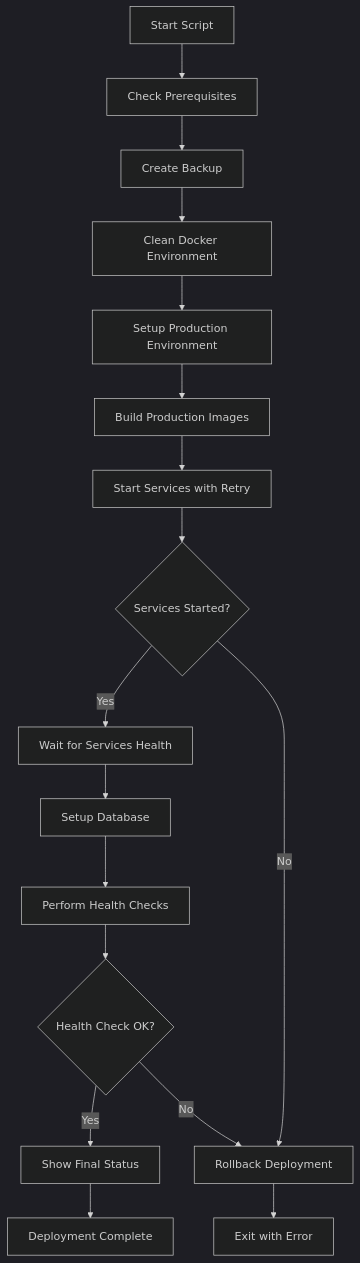
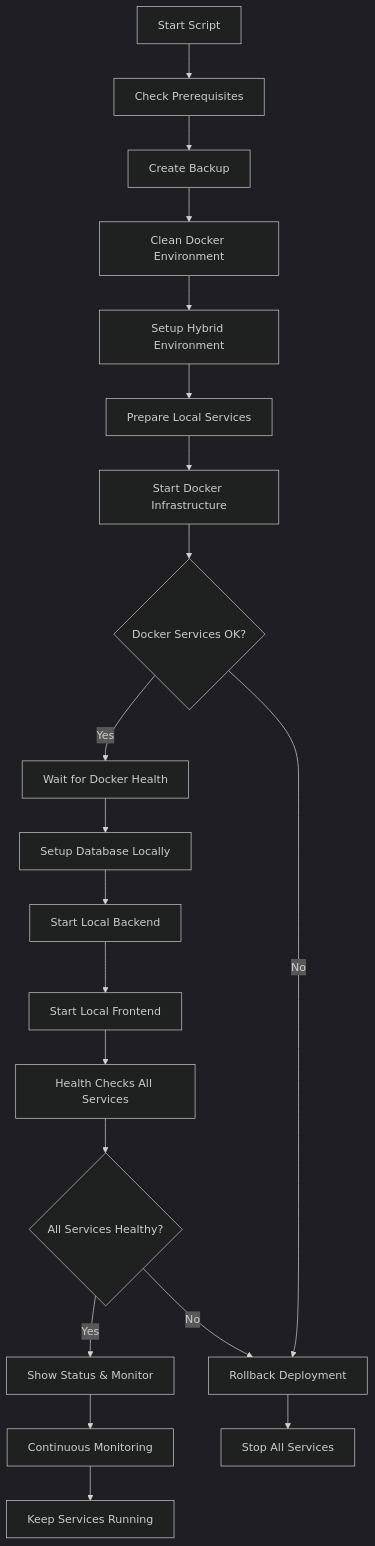
Before and after one commit to josivantarcio/jtarcio-clinica: the diagram in docs/SCRIPT_GUIDE.md, drawn with Mermaid (dark theme). The commit also changed other lines of this file and 7 other files, not shown here.

First line of the commit message:
🏗️ v1.0.5: Arquitetura híbrida - Docker + Local

````diff
--- a/docs/SCRIPT_GUIDE.md
+++ b/docs/SCRIPT_GUIDE.md
@@ -48,19 +53,22 @@
 ```mermaid
 flowchart TD
     A[Start Script] --> B[Check Prerequisites]
     B --> C[Create Backup]
     C --> D[Clean Docker Environment]
-    D --> E[Setup Production Environment]
-    E --> F[Build Production Images]
-    F --> G[Start Services with Retry]
-    G --> H{Services Started?}
-    H -->|Yes| I[Wait for Services Health]
+    D --> E[Setup Hybrid Environment]
+    E --> F[Prepare Local Services]
+    F --> G[Start Docker Infrastructure]
+    G --> H{Docker Services OK?}
+    H -->|Yes| I[Wait for Docker Health]
     H -->|No| J[Rollback Deployment]
-    I --> K[Setup Database]
-    K --> L[Perform Health Checks]
-    L --> M{Health Check OK?}
-    M -->|Yes| N[Show Final Status]
-    M -->|No| J
-    J --> O[Exit with Error]
-    N --> P[Deployment Complete]
+    I --> K[Setup Database Locally]
+    K --> L[Start Local Backend]
+    L --> M[Start Local Frontend]
+    M --> N[Health Checks All Services]
+    N --> O{All Services Healthy?}
+    O -->|Yes| P[Show Status & Monitor]
+    O -->|No| J
+    P --> Q[Continuous Monitoring]
+    Q --> R[Keep Services Running]
+    J --> S[Stop All Services]
 ```
````
